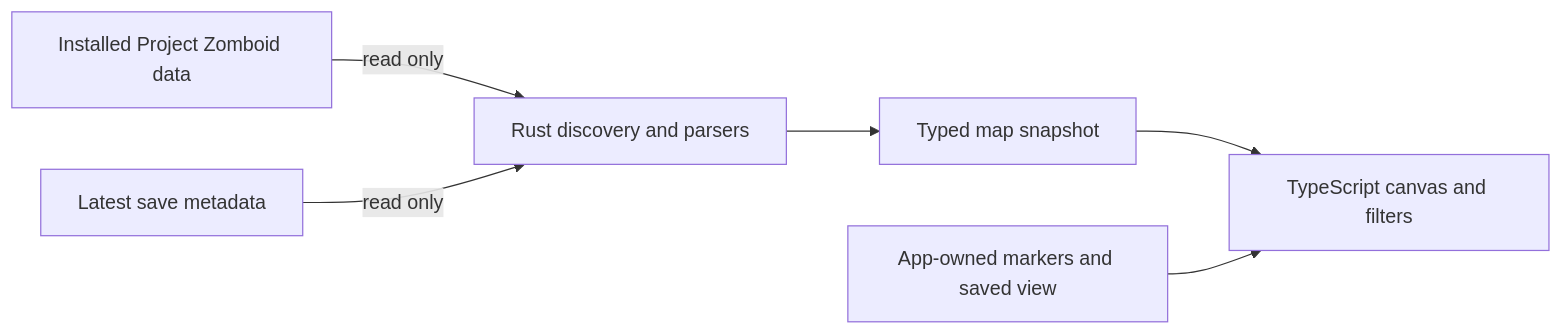
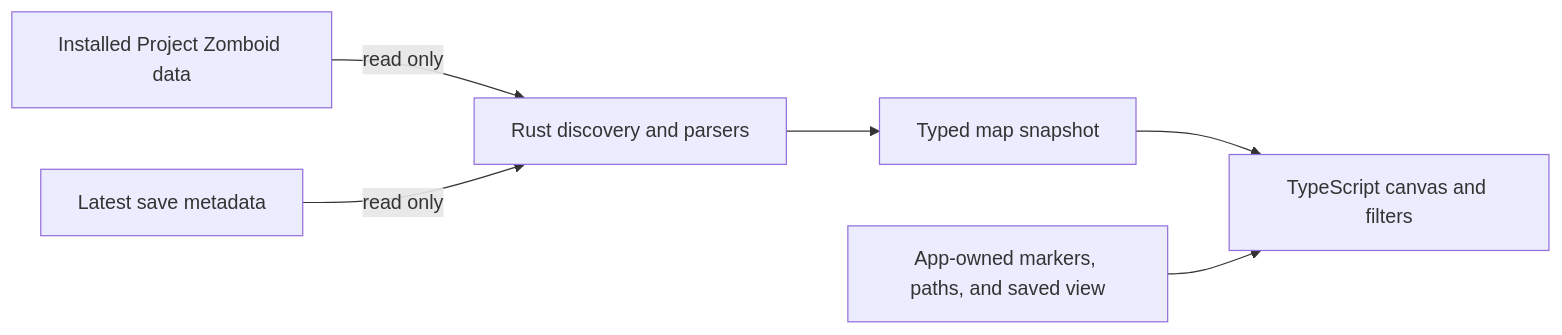
The diagram in README.md (TheMysticTurtle/Knox-Atlas), drawn with Mermaid before and after one commit. The commit also changed other lines of this file and 26 other files, not shown here.

````diff
--- a/README.md
+++ b/README.md
@@ -190,8 +242,8 @@
 ```mermaid
 flowchart LR
     A["Installed Project Zomboid data"] -->|read only| B["Rust discovery and parsers"]
     S["Latest save metadata"] -->|read only| B
     B --> C["Typed map snapshot"]
     C --> D["TypeScript canvas and filters"]
-    U["App-owned markers and saved view"] --> D
+    U["App-owned markers, paths, and saved view"] --> D
 ```
````
